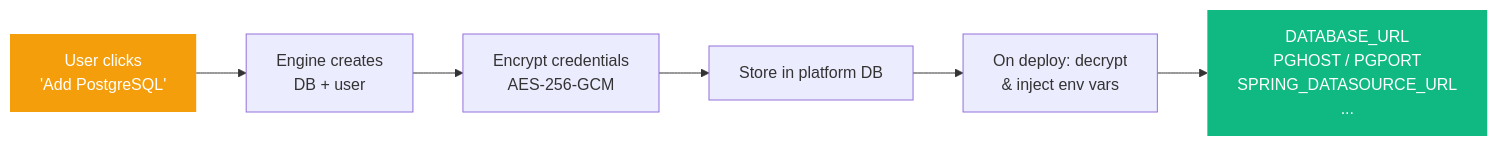
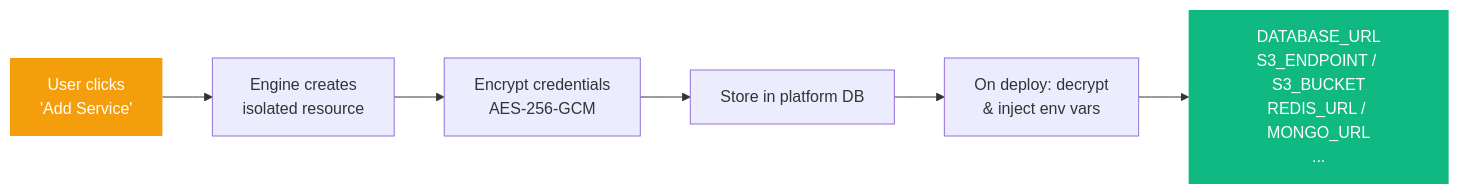
The fourth of 4 diagrams in README.md (JohnPitter/luxview-cloud), drawn with Mermaid before and after one commit. The commit also changed other lines of this file, not shown here.

````diff
--- a/README.md
+++ b/README.md
@@ -188,12 +194,12 @@
 ```mermaid
 flowchart LR
-    A[User clicks<br/>'Add PostgreSQL'] --> B[Engine creates<br/>DB + user]
+    A[User clicks<br/>'Add Service'] --> B[Engine creates<br/>isolated resource]
     B --> C[Encrypt credentials<br/>AES-256-GCM]
     C --> D[Store in platform DB]
     D --> E[On deploy: decrypt<br/>& inject env vars]
 
-    E --> F["DATABASE_URL<br/>PGHOST / PGPORT<br/>SPRING_DATASOURCE_URL<br/>..."]
+    E --> F["DATABASE_URL<br/>S3_ENDPOINT / S3_BUCKET<br/>REDIS_URL / MONGO_URL<br/>..."]
 
     style A fill:#F59E0B,color:#fff,stroke:none
     style F fill:#10B981,color:#fff,stroke:none
 ```
````
